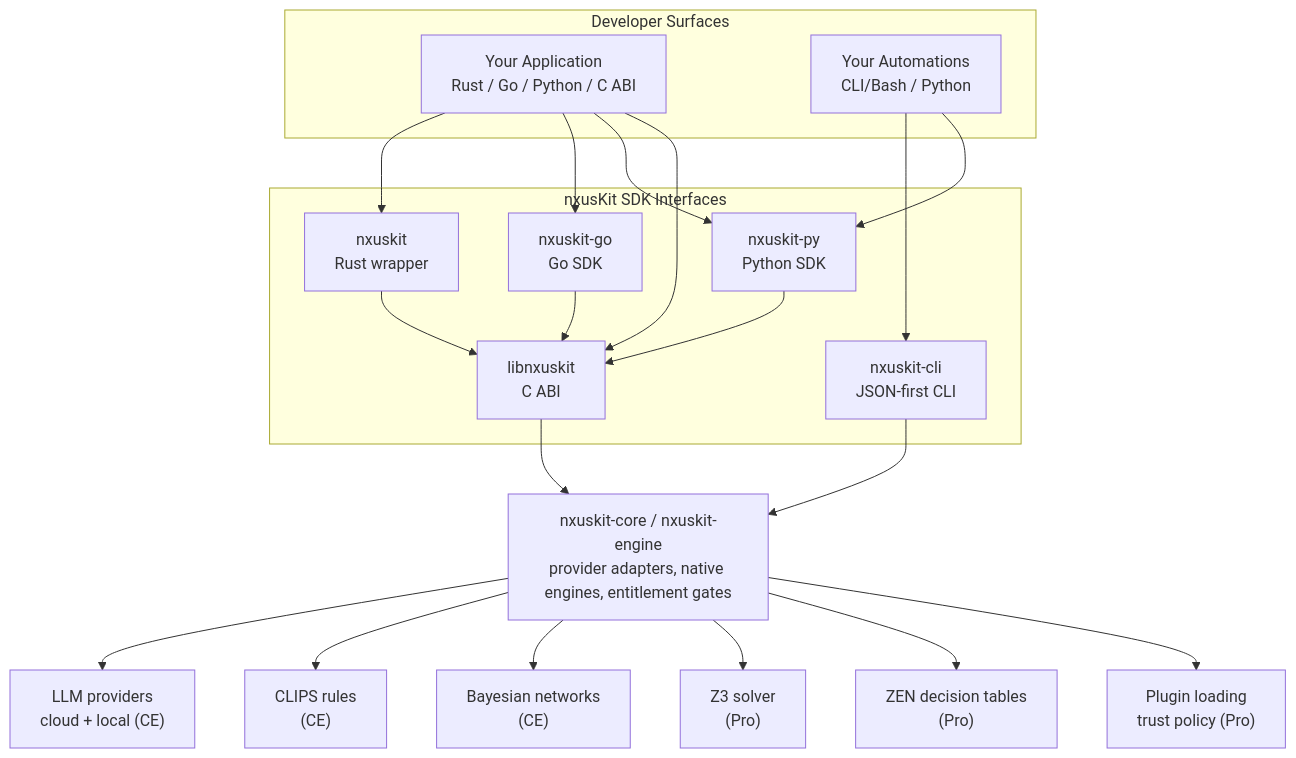
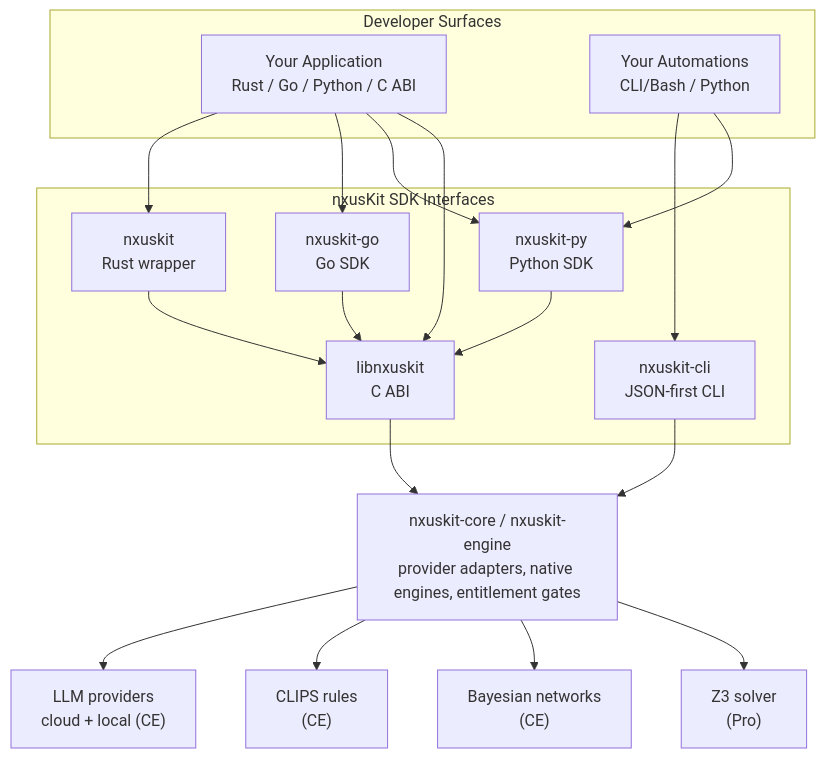
Before and after one commit to nxus-SYSTEMS/nxusKit: the diagram in README.md, drawn with Mermaid. The commit also changed other lines of this file and 19 other files, not shown here.

````diff
--- a/README.md
+++ b/README.md
@@ -226,36 +235,34 @@
 ```mermaid
 flowchart TB
   subgraph developer["Developer Surfaces"]
     app["Your Application<br/>Rust / Go / Python / C ABI"]
     automations["Your Automations<br/>CLI/Bash / Python"]
   end
 
   subgraph sdk["nxusKit SDK Interfaces"]
     rust["nxuskit<br/>Rust wrapper"]
     go["nxuskit-go<br/>Go SDK"]
     py["nxuskit-py<br/>Python SDK"]
     cli["nxuskit-cli<br/>JSON-first CLI"]
     cabi["libnxuskit<br/>C ABI"]
   end
 
   core["nxuskit-core / nxuskit-engine<br/>provider adapters, native engines, entitlement gates"]
 
   app --> rust
   app --> go
   app --> py
   app --> cabi
   automations --> cli
   automations --> py
   rust --> cabi
   go --> cabi
   py --> cabi
   cli --> core
   cabi --> core
 
   core --> llm["LLM providers<br/>cloud + local (CE)"]
   core --> clips["CLIPS rules<br/>(CE)"]
   core --> bn["Bayesian networks<br/>(CE)"]
   core --> solver["Z3 solver<br/>(Pro)"]
-  core --> zen["ZEN decision tables<br/>(Pro)"]
-  core --> plugins["Plugin loading<br/>trust policy (Pro)"]
 ```
````
